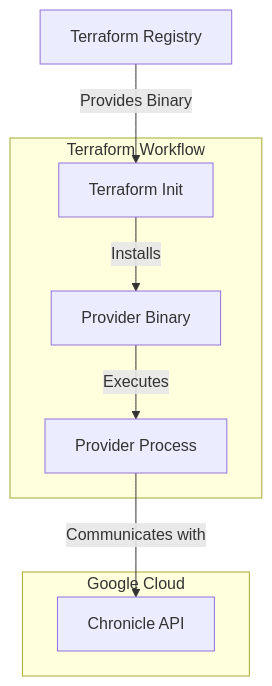
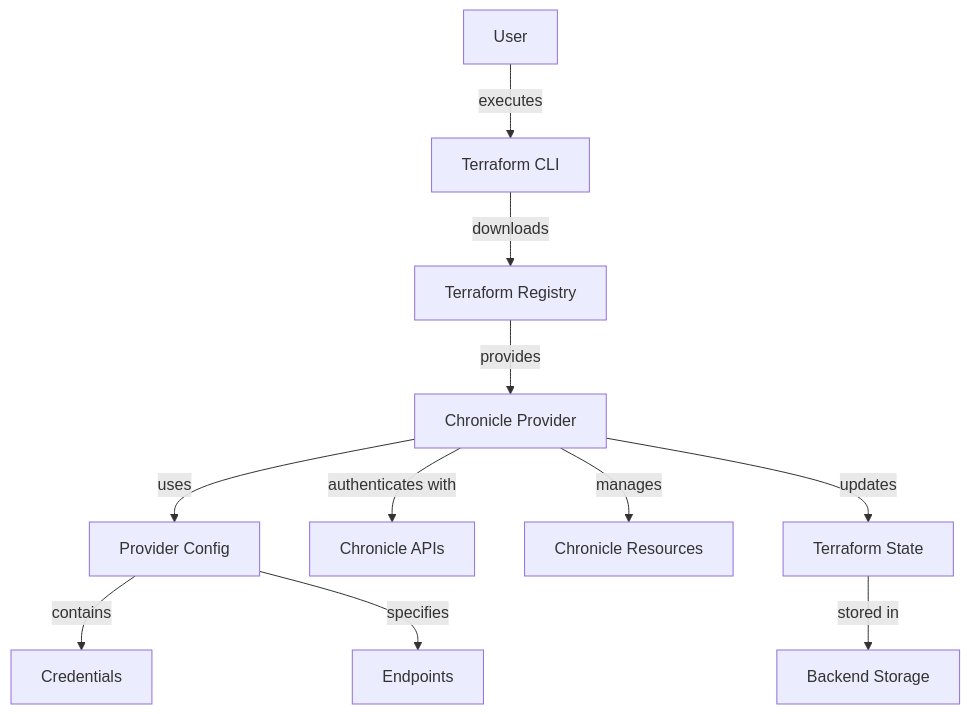
Before and after one commit to xvnpw/ai-security-analyzer: the third of 4 diagrams in examples/form3tech-oss/dir-sec-design-terraform-provider-chronicle-anthropicclaude-3.7-sonnetthinking.md, drawn with Mermaid. The commit also changed other lines of this file and 30 other files, not shown here.

````diff
--- a/examples/form3tech-oss/dir-sec-design-terraform-provider-chronicle-anthropicclaude-3.7-sonnetthinking.md
+++ b/examples/form3tech-oss/dir-sec-design-terraform-provider-chronicle-anthropicclaude-3.7-sonnetthinking.md
@@ -168,17 +198,13 @@
 ```mermaid
 graph TD
-    TerraformRegistry[Terraform Registry] -->|Provides Binary| TerraformInit[Terraform Init]
-    TerraformInit -->|Installs| ProviderBinary[Provider Binary]
-    ProviderBinary -->|Executes| ProviderProcess[Provider Process]
-    ProviderProcess -->|Communicates with| ChronicleAPI[Chronicle API]
-
-    subgraph Terraform Workflow
-        TerraformInit
-        ProviderBinary
-        ProviderProcess
-    end
-
-    subgraph Google Cloud
-        ChronicleAPI
-    end
+    U[User] -->|executes| TC[Terraform CLI]
+    TC -->|downloads| TR[Terraform Registry]
+    TR -->|provides| TP[Chronicle Provider]
+    TP -->|uses| CF[Provider Config]
+    CF -->|contains| CR[Credentials]
+    CF -->|specifies| EP[Endpoints]
+    TP -->|authenticates with| CA[Chronicle APIs]
+    TP -->|manages| CR1[Chronicle Resources]
+    TP -->|updates| TS[Terraform State]
+    TS -->|stored in| BS[Backend Storage]
 ```
````
